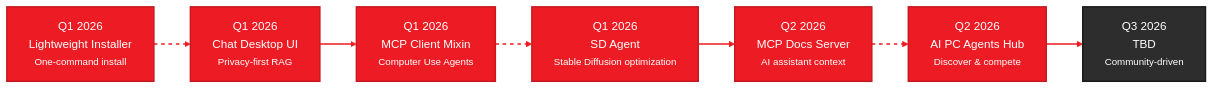
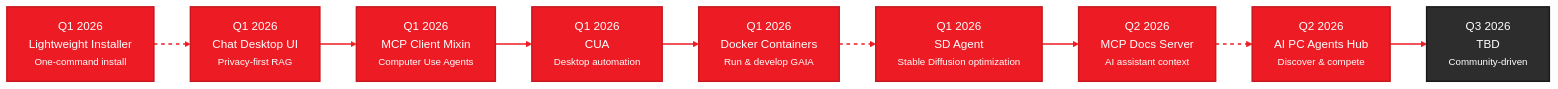
One commit to amd/gaia changed the diagram in docs/roadmap.mdx. Above: the diagram before and after it, drawn with Mermaid. The commit also changed other lines of this file and 3 other files, not shown here.

First line of the commit message:
Add Docker Containers to Q1 2026 roadmap (#271)

````diff
--- a/docs/roadmap.mdx
+++ b/docs/roadmap.mdx
@@ -28,33 +28,41 @@
 ```mermaid
 %%{init: {'theme':'base', 'themeVariables': { 'primaryColor':'#ED1C24', 'primaryTextColor':'#fff', 'primaryBorderColor':'#C8171E', 'lineColor':'#F4484D', 'secondaryColor':'#2d2d2d', 'tertiaryColor':'#f5f5f5', 'fontSize':'16px', 'fontFamily': 'system-ui, -apple-system, sans-serif'}}}%%
 graph LR
     Q1["Q1 2026<br/>Lightweight Installer<br/><small>One-command install</small>"]
     Q1B["Q1 2026<br/>Chat Desktop UI<br/><small>Privacy-first RAG</small>"]
     Q1C["Q1 2026<br/>MCP Client Mixin<br/><small>Computer Use Agents</small>"]
-    Q1D["Q1 2026<br/>SD Agent<br/><small>Stable Diffusion optimization</small>"]
+    Q1D["Q1 2026<br/>CUA<br/><small>Desktop automation</small>"]
+    Q1E["Q1 2026<br/>Docker Containers<br/><small>Run & develop GAIA</small>"]
+    Q1F["Q1 2026<br/>SD Agent<br/><small>Stable Diffusion optimization</small>"]
     Q2["Q2 2026<br/>MCP Docs Server<br/><small>AI assistant context</small>"]
     Q2B["Q2 2026<br/>AI PC Agents Hub<br/><small>Discover & compete</small>"]
     Q3["Q3 2026<br/>TBD<br/><small>Community-driven</small>"]
 
     Q1 -.-> Q1B
     Q1B --> Q1C
-    Q1C -.-> Q1D
-    Q1D --> Q2
+    Q1C --> Q1D
+    Q1D --> Q1E
+    Q1E -.-> Q1F
+    Q1F --> Q2
     Q2 -.-> Q2B
     Q2B --> Q3
 
     style Q1 fill:#ED1C24,stroke:#C8171E,stroke-width:2px,color:#fff
     style Q1B fill:#ED1C24,stroke:#C8171E,stroke-width:2px,color:#fff
     style Q1C fill:#ED1C24,stroke:#C8171E,stroke-width:2px,color:#fff
     style Q1D fill:#ED1C24,stroke:#C8171E,stroke-width:2px,color:#fff
+    style Q1E fill:#ED1C24,stroke:#C8171E,stroke-width:2px,color:#fff
+    style Q1F fill:#ED1C24,stroke:#C8171E,stroke-width:2px,color:#fff
     style Q2 fill:#ED1C24,stroke:#C8171E,stroke-width:2px,color:#fff
     style Q2B fill:#ED1C24,stroke:#C8171E,stroke-width:2px,color:#fff
     style Q3 fill:#2d2d2d,stroke:#1a1a1a,stroke-width:2px,color:#fff
 
     linkStyle 0 stroke:#ED1C24,stroke-width:2px,stroke-dasharray: 5 5
     linkStyle 1 stroke:#ED1C24,stroke-width:2px
-    linkStyle 2 stroke:#ED1C24,stroke-width:2px,stroke-dasharray: 5 5
+    linkStyle 2 stroke:#ED1C24,stroke-width:2px
     linkStyle 3 stroke:#ED1C24,stroke-width:2px
     linkStyle 4 stroke:#ED1C24,stroke-width:2px,stroke-dasharray: 5 5
     linkStyle 5 stroke:#ED1C24,stroke-width:2px
+    linkStyle 6 stroke:#ED1C24,stroke-width:2px,stroke-dasharray: 5 5
+    linkStyle 7 stroke:#ED1C24,stroke-width:2px
 ```
````
